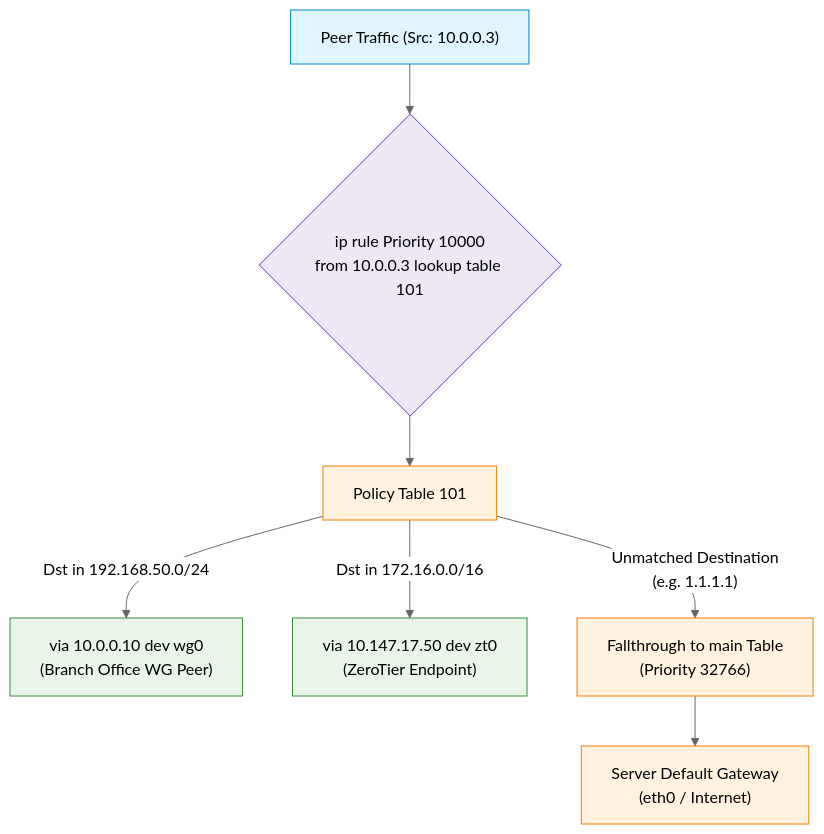
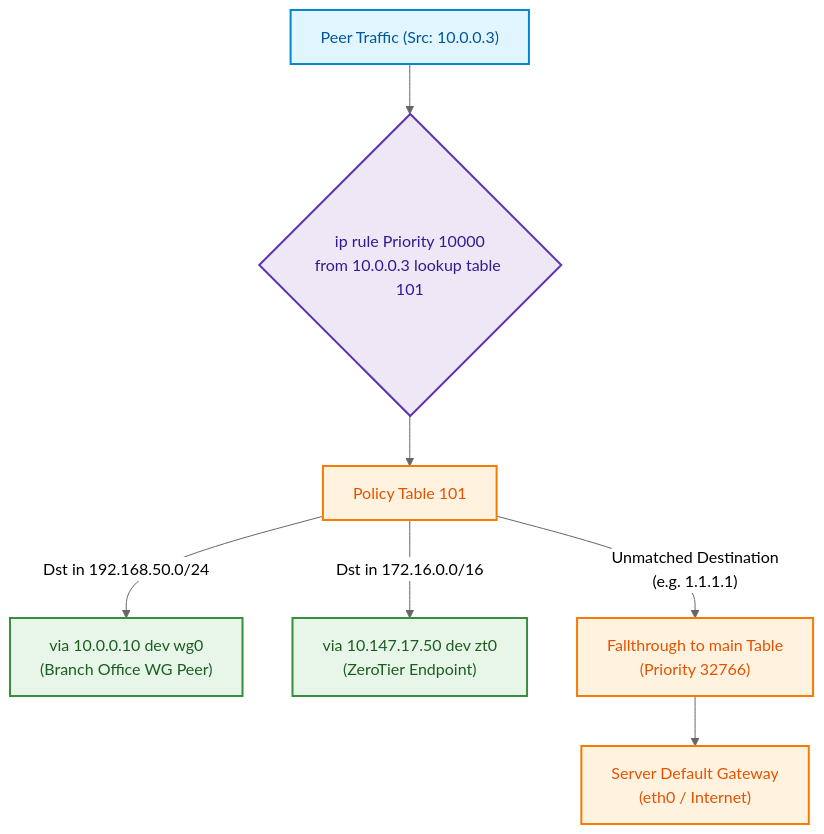
Before and after one commit to yix/wg-busy: the third of 8 diagrams in ROUTING_SHOWCASE.md, drawn with Mermaid (neutral theme). The commit also changed other lines of this file, not shown here.

Commit message:
fix broken diagrams

````diff
--- a/ROUTING_SHOWCASE.md
+++ b/ROUTING_SHOWCASE.md
@@ -173,21 +174,17 @@
 ```mermaid
 flowchart TD
-    Client["Peer Traffic (Src: 10.0.0.3)"] --> PRule{"ip rule Priority 10000<br/>from 10.0.0.3 lookup table 101"}
+    classDef client fill:#e1f5fe,stroke:#0288d1,stroke-width:2px,color:#01579b
+    classDef rule fill:#ede7f6,stroke:#5e35b1,stroke-width:2px,color:#311b92
+    classDef gw fill:#e8f5e9,stroke:#388e3c,stroke-width:2px,color:#1b5e20
+    classDef fallback fill:#fff3e0,stroke:#f57c00,stroke-width:2px,color:#e65100
+
+    Client["Peer Traffic (Src: 10.0.0.3)"]:::client --> PRule{"ip rule Priority 10000<br/>from 10.0.0.3 lookup table 101"}:::rule
     
-    PRule --> Table101["Policy Table 101"]
+    PRule --> Table101["Policy Table 101"]:::fallback
     
-    Table101 -->|"Dst in 192.168.50.0/24"| GW_WG["via 10.0.0.10 dev wg0<br/>(Branch Office WG Peer)"]
-    Table101 -->|"Dst in 172.16.0.0/16"| GW_ZT["via 10.147.17.50 dev zt0<br/>(ZeroTier Endpoint)"]
-    Table101 -->|"Unmatched Destination<br/>(e.g. 1.1.1.1)"| Fallthrough["Fallthrough to main Table<br/>(Priority 32766)"]
+    Table101 -->|"Dst in 192.168.50.0/24"| GW_WG["via 10.0.0.10 dev wg0<br/>(Branch Office WG Peer)"]:::gw
+    Table101 -->|"Dst in 172.16.0.0/16"| GW_ZT["via 10.147.17.50 dev zt0<br/>(ZeroTier Endpoint)"]:::gw
+    Table101 -->|"Unmatched Destination<br/>(e.g. 1.1.1.1)"| Fallthrough["Fallthrough to main Table<br/>(Priority 32766)"]:::fallback
     
-    Fallthrough --> DefaultGW["Server Default Gateway<br/>(eth0 / Internet)"]
-
-    classDef client fill:#e1f5fe,stroke:#0288d1;
-    classDef rule fill:#ede7f6,stroke:#5e35b1;
-    classDef gw fill:#e8f5e9,stroke:#388e3c;
-    classDef def fill:#fff3e0,stroke:#f57c00;
-    class Client client;
-    class PRule rule;
-    class GW_WG,GW_ZT gw;
-    class Fallthrough,DefaultGW,Table101 def;
+    Fallthrough --> DefaultGW["Server Default Gateway<br/>(eth0 / Internet)"]:::fallback
 ```
````
